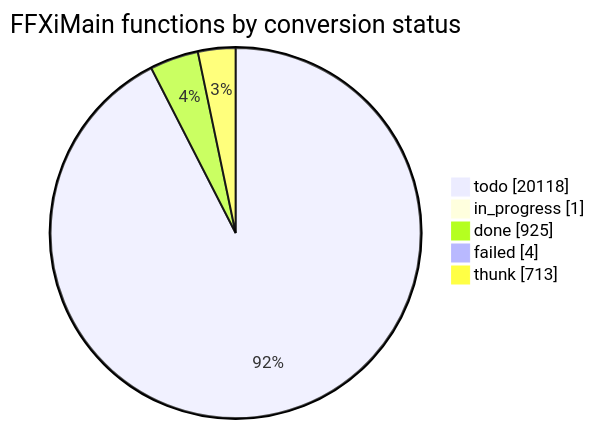
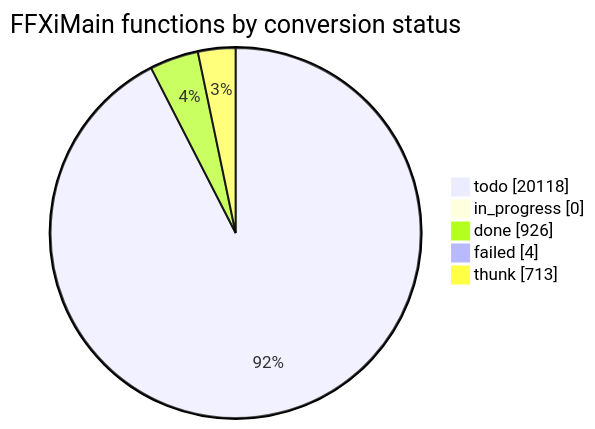
The diagram in docs/cow/STATUS.md (cowrevenge/cow_kuluu_xi_anything), drawn with Mermaid before and after one commit. The commit also changed other lines of this file and 4 other files, not shown here.

````diff
--- a/docs/cow/STATUS.md
+++ b/docs/cow/STATUS.md
@@ -18,9 +18,9 @@
 ```mermaid
 pie showData
     title FFXiMain functions by conversion status
     "todo" : 20118
-    "in_progress" : 1
-    "done" : 925
+    "in_progress" : 0
+    "done" : 926
     "failed" : 4
     "thunk" : 713
 ```
````
